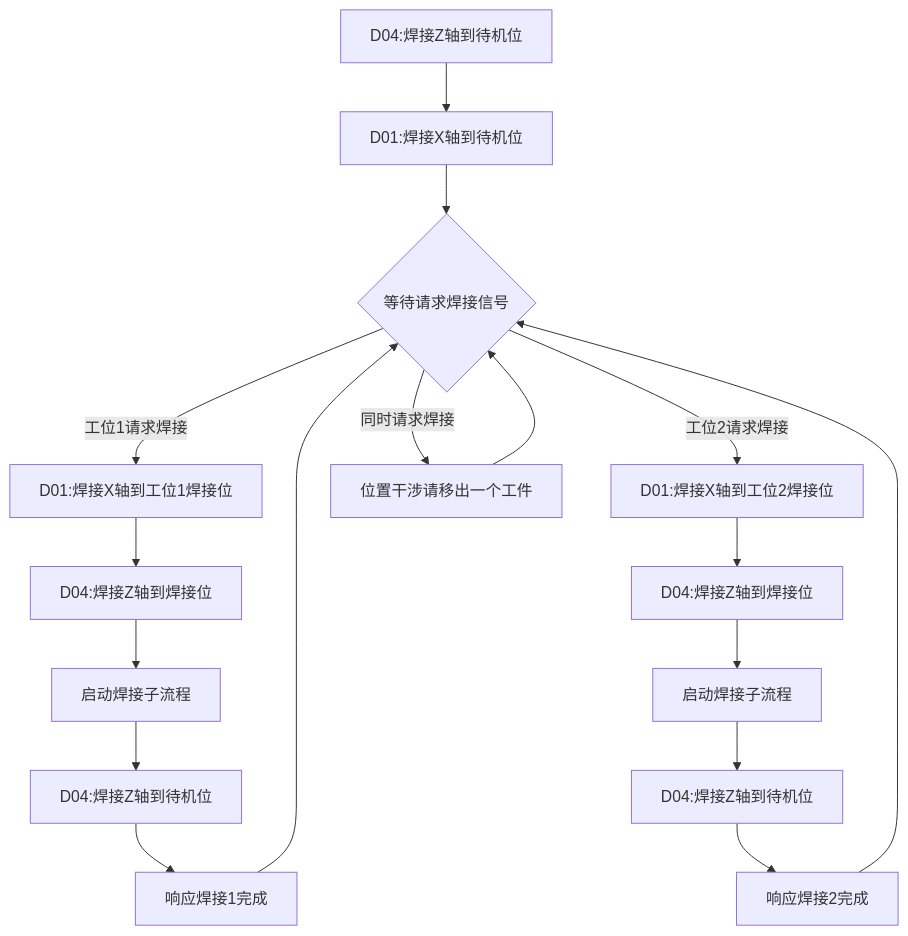
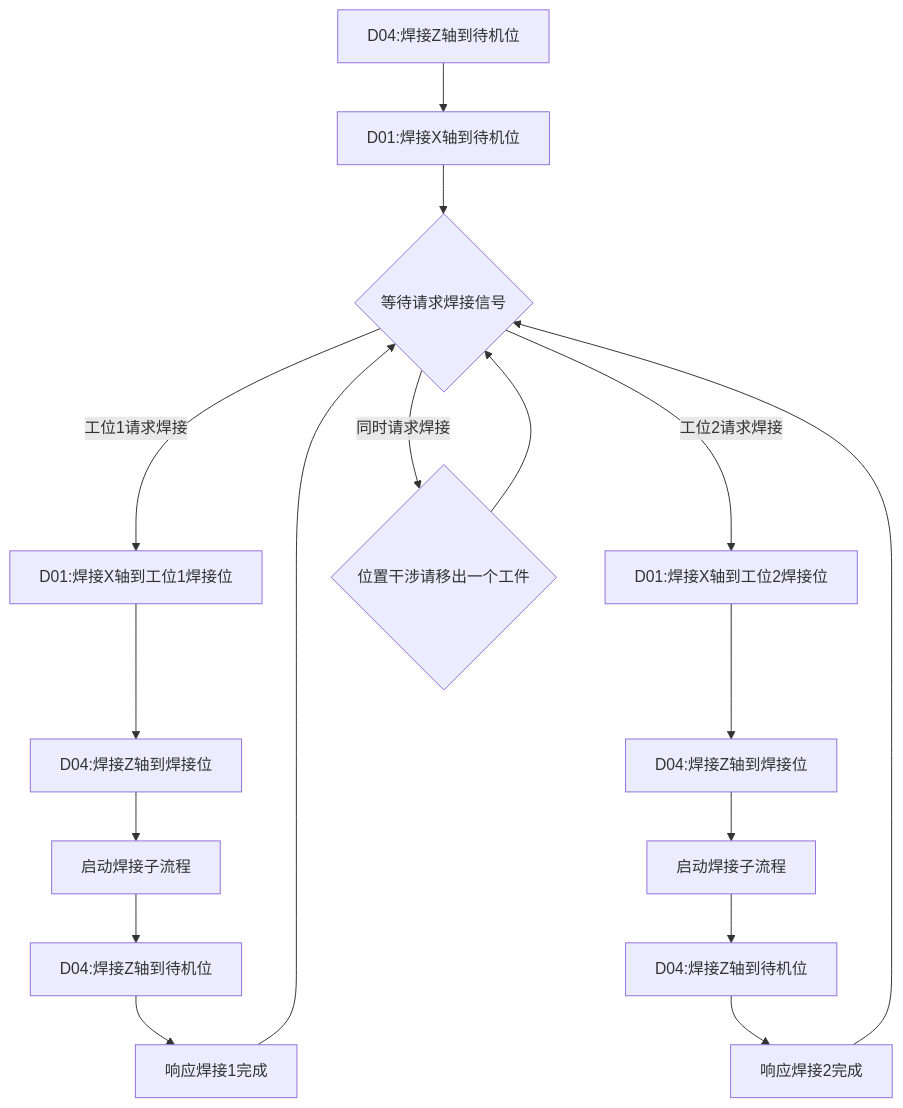
One commit to PengKun1/iodraw-files changed the diagram in all/OP20-1焊接工位自动流程.md. Above: the diagram before and after it, drawn with Mermaid.

Commit message:
2024-08-07 14:08:19 update

````diff
--- a/all/OP20-1焊接工位自动流程.md
+++ b/all/OP20-1焊接工位自动流程.md
@@ -1,19 +1,19 @@
 ```mermaid
 graph TD
 10[D04:焊接Z轴到待机位]-->20
 20[D01:焊接X轴到待机位]-->30
 30{等待请求焊接信号}-->|工位1请求焊接|40
 30-->|工位2请求焊接|100
 30-->|同时请求焊接|900
 40[D01:焊接X轴到工位1焊接位]-->50
 50[D04:焊接Z轴到焊接位]-->60
 60[启动焊接子流程]-->70
 70[D04:焊接Z轴到待机位]-->80
 80[响应焊接1完成]-->30
 100[D01:焊接X轴到工位2焊接位]-->110
 110[D04:焊接Z轴到焊接位]-->120
 120[启动焊接子流程]-->130
 130[D04:焊接Z轴到待机位]-->140
 140[响应焊接2完成]-->30
-900[位置干涉请移出一个工件]-->30
+900{位置干涉请移出一个工件}-->30
 ```
````
